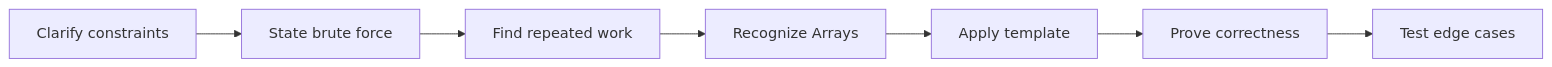
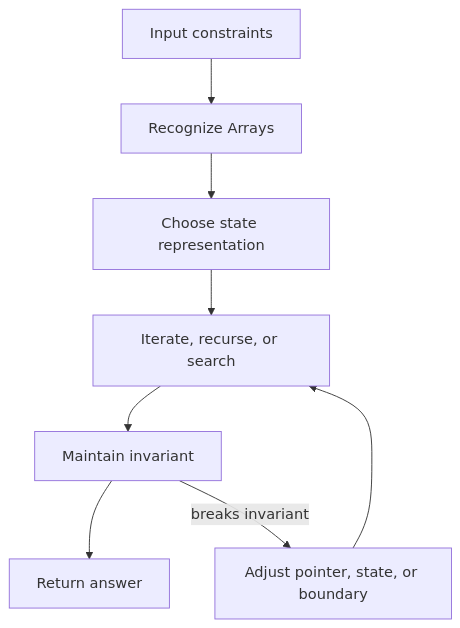
Before and after one commit to abstractinterviews/abstractinterviews.github.io: the second of 2 diagrams in coding-round/data-structures/arrays/index.md, drawn with Mermaid. The commit also changed other lines of this file and 278 other files, not shown here.

````diff
--- a/coding-round/data-structures/arrays/index.md
+++ b/coding-round/data-structures/arrays/index.md
@@ -123,9 +121,10 @@
-~~~mermaid
-flowchart LR
-    A["Clarify constraints"] --> B["State brute force"]
-    B --> C["Find repeated work"]
-    C --> D["Recognize Arrays"]
-    D --> E["Apply template"]
-    E --> F["Prove correctness"]
-    F --> G["Test edge cases"]
-~~~
+```mermaid
+flowchart TD
+    Input["Input constraints"] --> Pattern["Recognize Arrays"]
+    Pattern --> State["Choose state representation"]
+    State --> Iterate["Iterate, recurse, or search"]
+    Iterate --> Check["Maintain invariant"]
+    Check --> Result["Return answer"]
+    Check -->|breaks invariant| Fix["Adjust pointer, state, or boundary"]
+    Fix --> Iterate
+```
````
